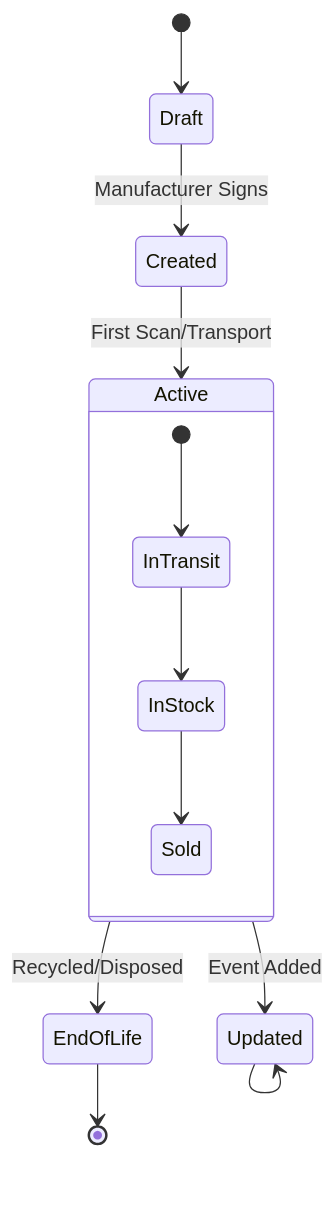
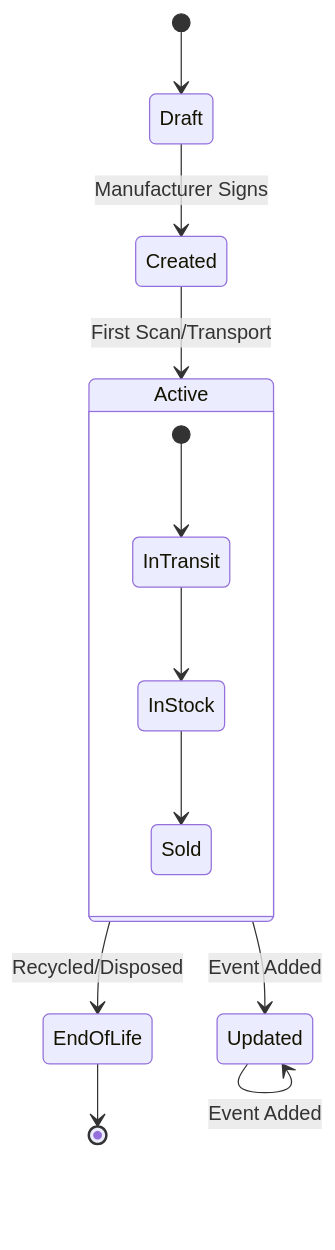
One commit to Thijmeeee/Enabling-trust-with-DLT-technologies changed the third of 3 diagrams in production/PRODUCTION_PLAN.md. Above: the diagram before and after it, drawn with Mermaid. The commit also changed other lines of this file, not shown here.

````diff
--- a/production/PRODUCTION_PLAN.md
+++ b/production/PRODUCTION_PLAN.md
@@ -153,16 +153,16 @@
 ```mermaid
 stateDiagram-v2
     [*] --> Draft
     Draft --> Created: Manufacturer Signs
     Created --> Active: First Scan/Transport
     Active --> Updated: Event Added
-    Updated --> Updated
+    Updated --> Updated: Event Added
     Active --> EndOfLife: Recycled/Disposed
     EndOfLife --> [*]
 
     state Active {
         [*] --> InTransit
         InTransit --> InStock
         InStock --> Sold
     }
 ```
````
